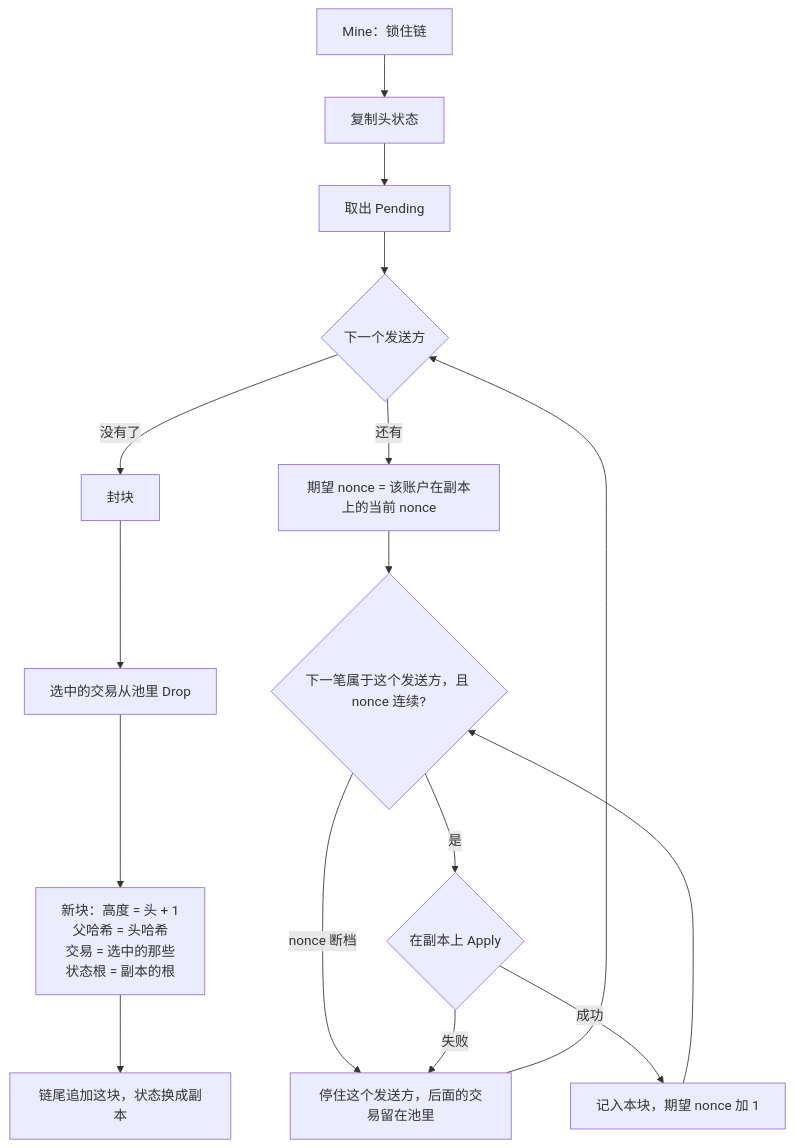
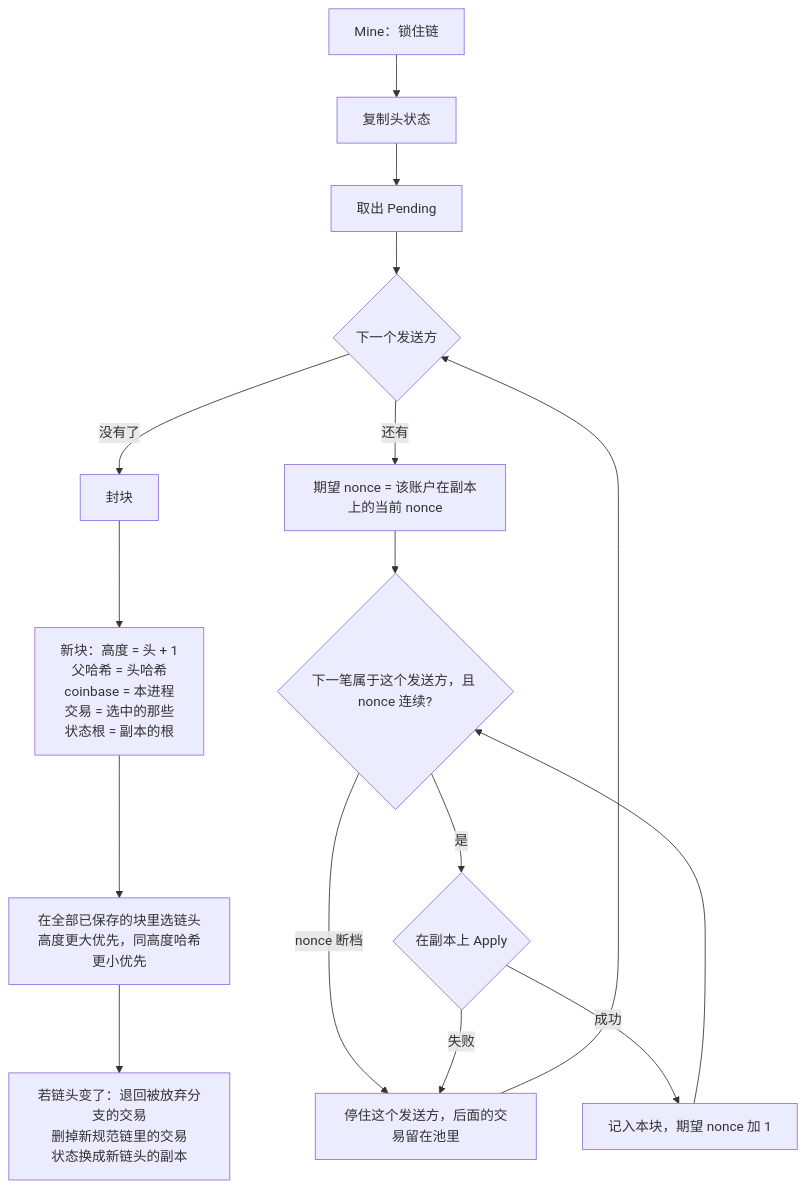
One commit to slmthydesp/minichain changed the third of 5 diagrams in docs/learning-guide.md. Above: the diagram before and after it, drawn with Mermaid. The commit also changed other lines of this file and 1 other file, not shown here.

Commit message:
docs: explain two miners and fork choice

````diff
--- a/docs/learning-guide.md
+++ b/docs/learning-guide.md
@@ -139,18 +145,18 @@
 ```mermaid
 flowchart TD
   start["Mine：锁住链"] --> scratch["复制头状态"]
   scratch --> pending["取出 Pending"]
   pending --> sender{"下一个发送方"}
   sender -->|"没有了"| seal["封块"]
   sender -->|"还有"| expect["期望 nonce = 该账户在副本上的当前 nonce"]
   expect --> check{"下一笔属于这个发送方，且 nonce 连续?"}
   check -->|"nonce 断档"| leave["停住这个发送方，后面的交易留在池里"]
   check -->|"是"| apply{"在副本上 Apply"}
   apply -->|"失败"| leave
   apply -->|"成功"| take["记入本块，期望 nonce 加 1"]
   take --> check
   leave --> sender
-  seal --> drop["选中的交易从池里 Drop"]
-  drop --> block["新块：高度 = 头 + 1<br/>父哈希 = 头哈希<br/>交易 = 选中的那些<br/>状态根 = 副本的根"]
-  block --> commit["链尾追加这块，状态换成副本"]
+  seal --> block["新块：高度 = 头 + 1<br/>父哈希 = 头哈希<br/>coinbase = 本进程<br/>交易 = 选中的那些<br/>状态根 = 副本的根"]
+  block --> choice["在全部已保存的块里选链头<br/>高度更大优先，同高度哈希更小优先"]
+  choice --> commit["若链头变了：退回被放弃分支的交易<br/>删掉新规范链里的交易<br/>状态换成新链头的副本"]
 ```
````
